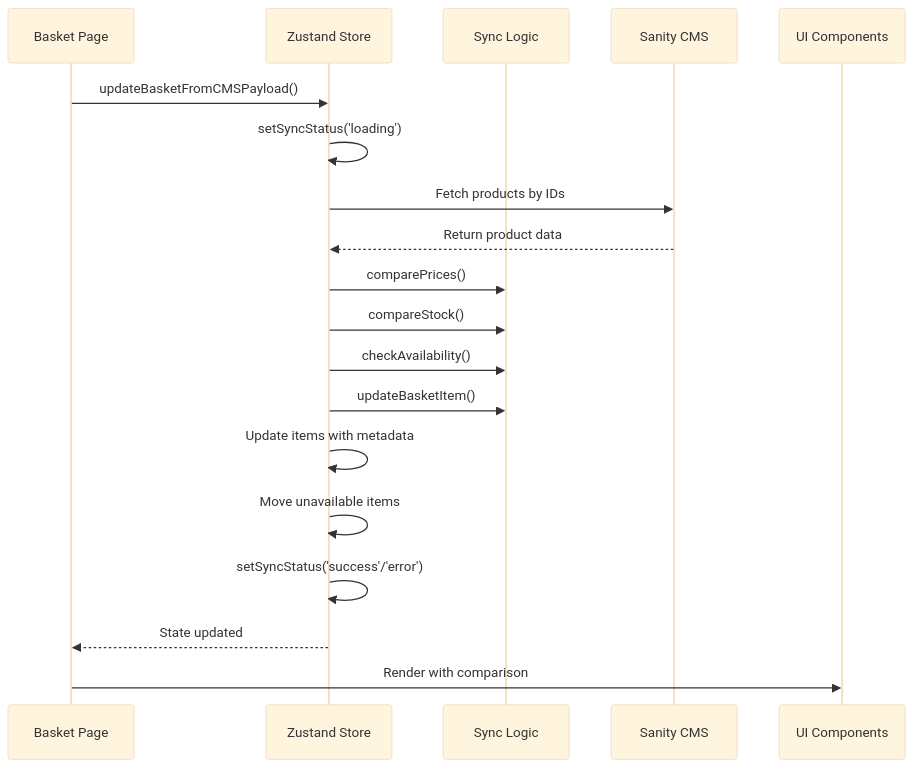
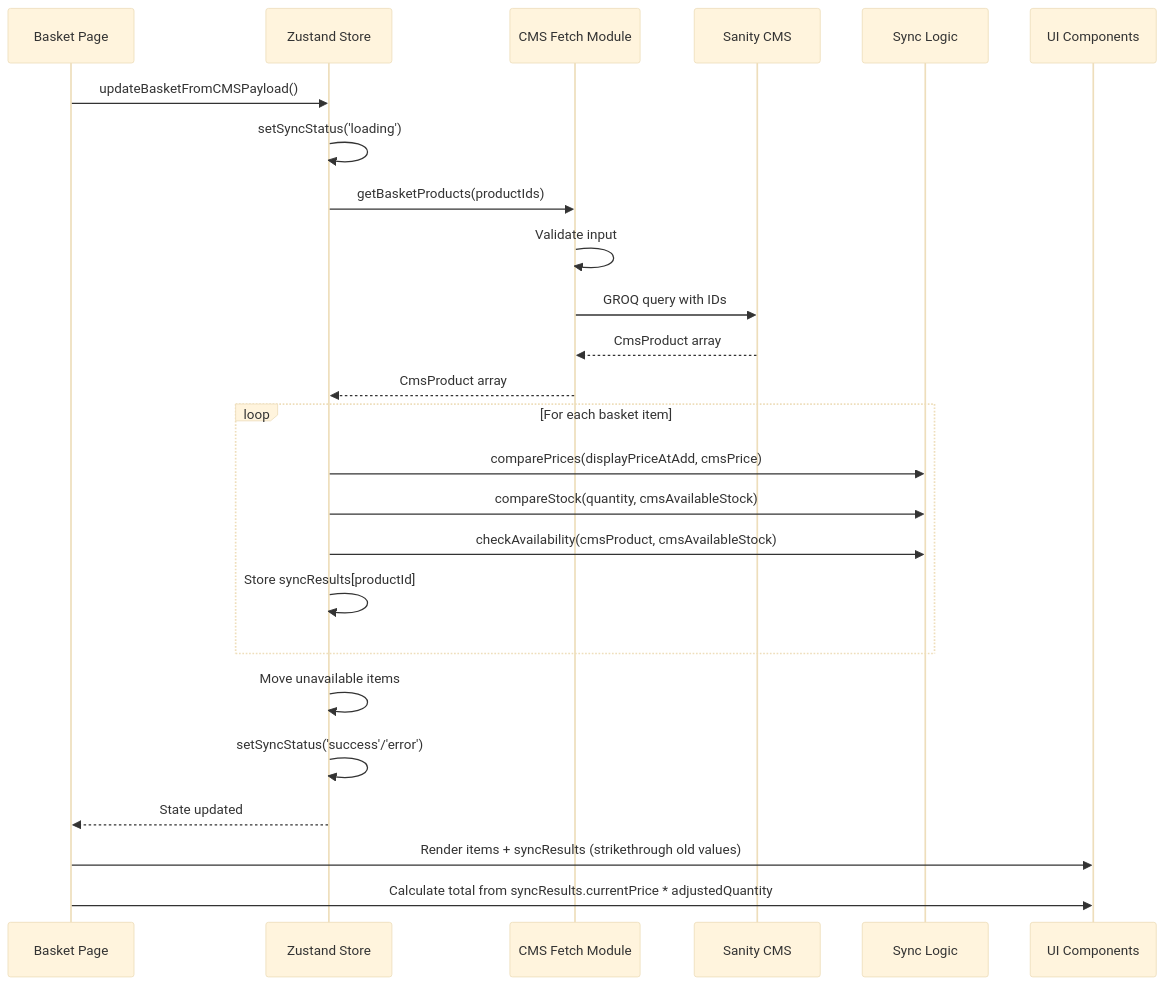
Before and after one commit to munrhalls/sanglogium: the diagram in docs/basket/basket-page/technical-solution-design/design.md, drawn with Mermaid (base theme). The commit also changed other lines of this file and 3 other files, not shown here.

Commit message:
Difficulty: 5 - D, Documentation (basket-page technical-solution-design): Add Mermaid diagrams, update function signatures (displayPriceAtAdd, comparePrices, compareStock), clarify sync result types — → closes 0 DoD items, infrastructure documentation

````diff
--- a/docs/basket/basket-page/technical-solution-design/design.md
+++ b/docs/basket/basket-page/technical-solution-design/design.md
@@ -6,22 +6,28 @@
 ```mermaid
 sequenceDiagram
     participant Page as Basket Page
     participant Store as Zustand Store
+    participant CMSFetch as CMS Fetch Module
+    participant Sanity as Sanity CMS
     participant Logic as Sync Logic
-    participant Sanity as Sanity CMS
     participant UI as UI Components
 
     Page->>Store: updateBasketFromCMSPayload()
     Store->>Store: setSyncStatus('loading')
-    Store->>Sanity: Fetch products by IDs
-    Sanity-->>Store: Return product data
-    Store->>Logic: comparePrices()
-    Store->>Logic: compareStock()
-    Store->>Logic: checkAvailability()
-    Store->>Logic: updateBasketItem()
-    Store->>Store: Update items with metadata
+    Store->>CMSFetch: getBasketProducts(productIds)
+    CMSFetch->>CMSFetch: Validate input
+    CMSFetch->>Sanity: GROQ query with IDs
+    Sanity-->>CMSFetch: CmsProduct array
+    CMSFetch-->>Store: CmsProduct array
+    loop For each basket item
+        Store->>Logic: comparePrices(displayPriceAtAdd, cmsPrice)
+        Store->>Logic: compareStock(quantity, cmsAvailableStock)
+        Store->>Logic: checkAvailability(cmsProduct, cmsAvailableStock)
+        Store->>Store: Store syncResults[productId]
+    end
     Store->>Store: Move unavailable items
     Store->>Store: setSyncStatus('success'/'error')
     Store-->>Page: State updated
-    Page->>UI: Render with comparison
+    Page->>UI: Render items + syncResults (strikethrough old values)
+    Page->>UI: Calculate total from syncResults.currentPrice * adjustedQuantity
 ```
````
